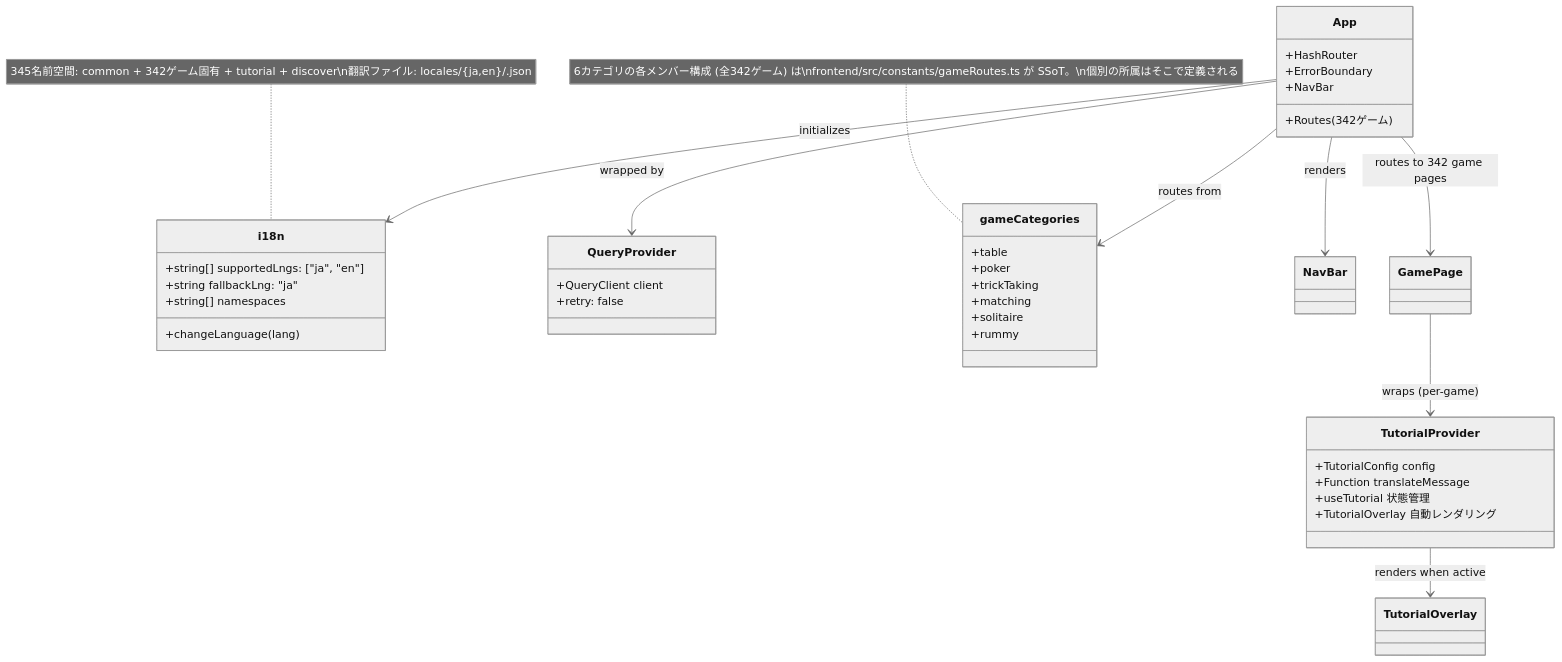
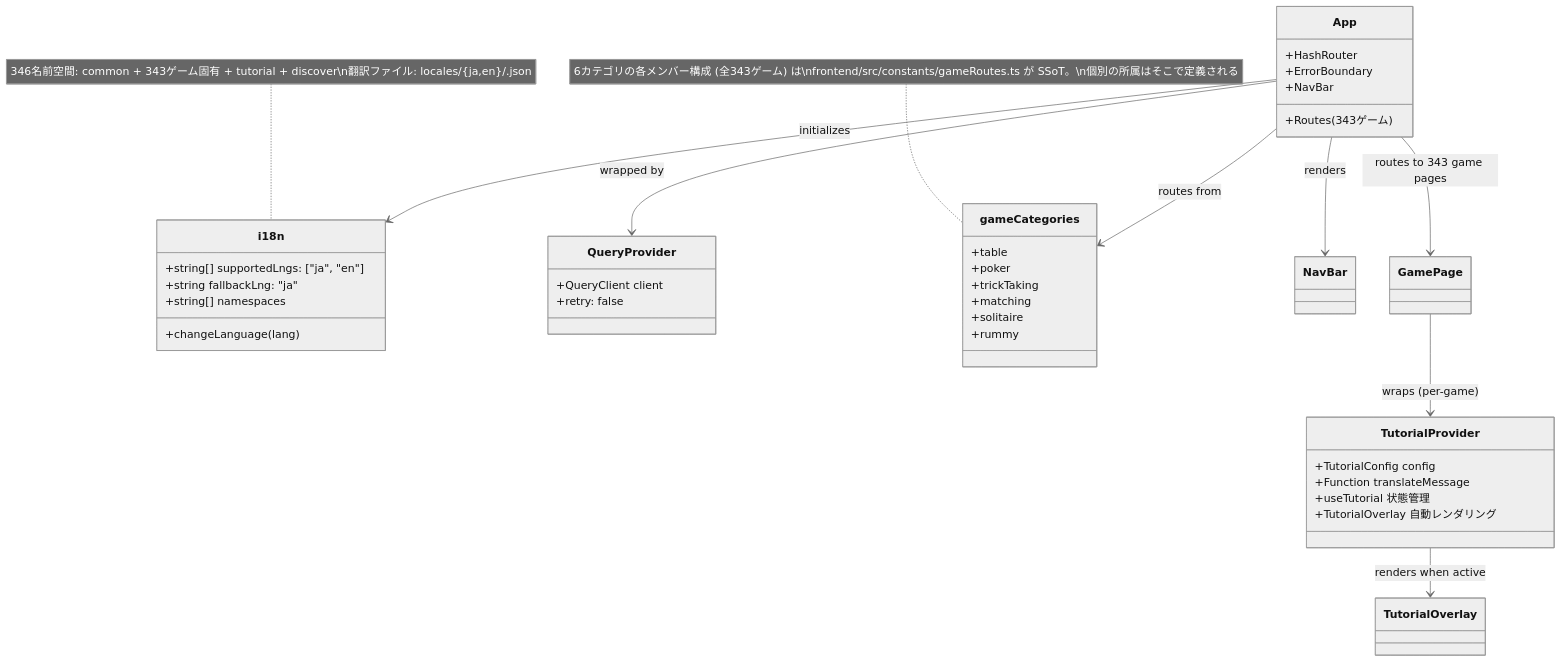
The ninth of 49 diagrams in docs/design/frontend.md (yuta-yoshinaga/go_trumpcards), drawn with Mermaid (neutral theme) before and after one commit. The commit also changed other lines of this file and 60 other files, not shown here.

````diff
--- a/docs/design/frontend.md
+++ b/docs/design/frontend.md
@@ -1874,48 +1874,48 @@
 ```mermaid
 classDiagram
     class i18n {
         +string[] supportedLngs: ["ja", "en"]
         +string fallbackLng: "ja"
         +string[] namespaces
         +changeLanguage(lang)
     }
 
     class QueryProvider {
         +QueryClient client
         +retry: false
     }
 
     class App {
         +HashRouter
         +ErrorBoundary
         +NavBar
-        +Routes (342ゲーム)
+        +Routes (343ゲーム)
     }
 
     class gameCategories {
         +table
         +poker
         +trickTaking
         +matching
         +solitaire
         +rummy
     }
-    note for gameCategories "6カテゴリの各メンバー構成 (全342ゲーム) は\nfrontend/src/constants/gameRoutes.ts が SSoT。\n個別の所属はそこで定義される"
+    note for gameCategories "6カテゴリの各メンバー構成 (全343ゲーム) は\nfrontend/src/constants/gameRoutes.ts が SSoT。\n個別の所属はそこで定義される"
 
     class TutorialProvider {
         +TutorialConfig config
         +Function translateMessage
         +useTutorial 状態管理
         +TutorialOverlay 自動レンダリング
     }
 
     App --> QueryProvider : wrapped by
     App --> i18n : initializes
     App --> gameCategories : routes from
     App --> NavBar : renders
-    App --> GamePage : routes to 342 game pages
+    App --> GamePage : routes to 343 game pages
     GamePage --> TutorialProvider : wraps (per-game)
     TutorialProvider --> TutorialOverlay : renders when active
 
-    note for i18n "345名前空間: common + 342ゲーム固有 + tutorial + discover\n翻訳ファイル: locales/{ja,en}/<game>.json"
+    note for i18n "346名前空間: common + 343ゲーム固有 + tutorial + discover\n翻訳ファイル: locales/{ja,en}/<game>.json"
 ```
````
